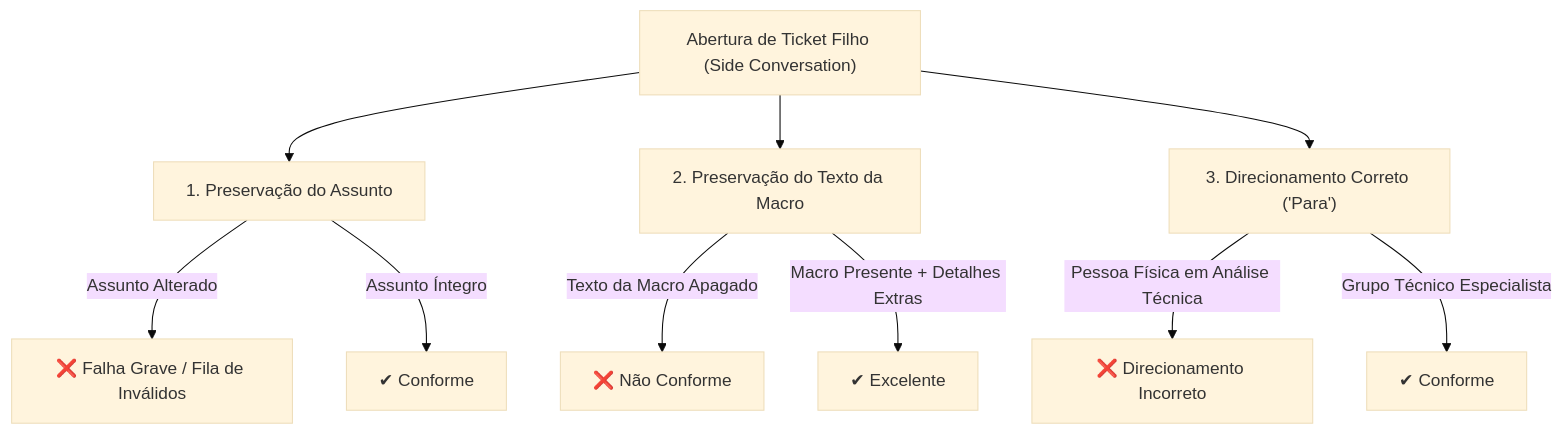
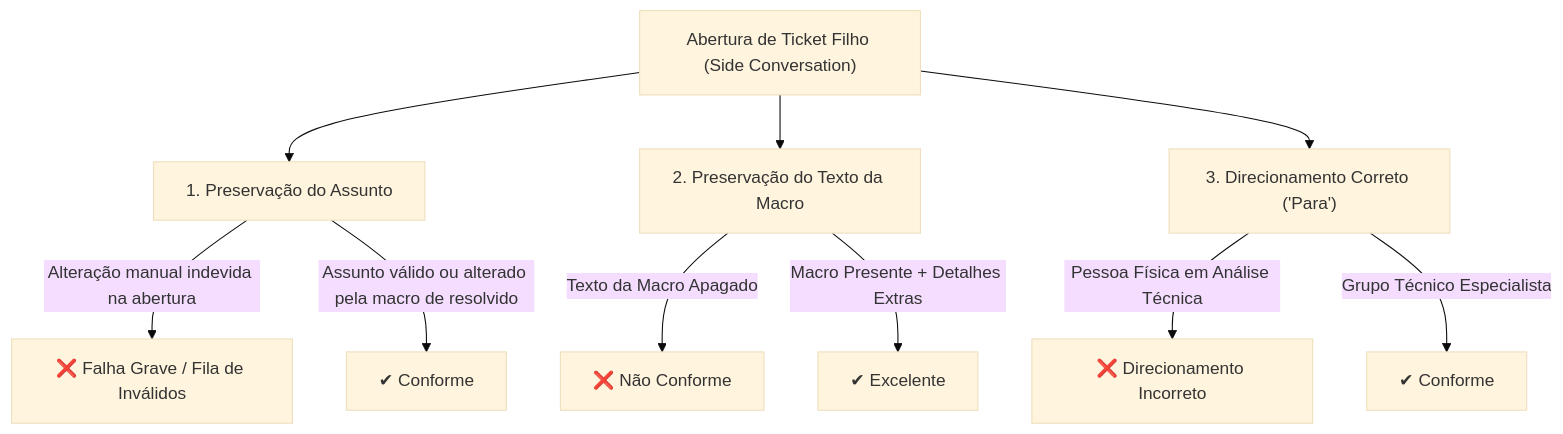
One commit to allanscode/QualiTrack changed the diagram in docs/specs/manual-avaliacao-tickets-filhos.md. Above: the diagram before and after it, drawn with Mermaid (base theme). The commit also changed other lines of this file and 5 other files, not shown here.

````diff
--- a/docs/specs/manual-avaliacao-tickets-filhos.md
+++ b/docs/specs/manual-avaliacao-tickets-filhos.md
@@ -23,16 +23,16 @@
 ```mermaid
 flowchart TD
     TF["Abertura de Ticket Filho (Side Conversation)"] --> Q1["1. Preservação do Assunto"]
     TF --> Q2["2. Preservação do Texto da Macro"]
     TF --> Q3["3. Direcionamento Correto ('Para')"]
     
-    Q1 -->|Assunto Alterado| INV["❌ Falha Grave / Fila de Inválidos"]
-    Q1 -->|Assunto Íntegro| OK1["✔ Conforme"]
+    Q1 -->|Alteração manual indevida na abertura| INV["❌ Falha Grave / Fila de Inválidos"]
+    Q1 -->|Assunto válido ou alterado pela macro de resolvido| OK1["✔ Conforme"]
     
     Q2 -->|Texto da Macro Apagado| REP["❌ Não Conforme"]
     Q2 -->|Macro Presente + Detalhes Extras| OK2["✔ Excelente"]
     
     Q3 -->|Pessoa Física em Análise Técnica| ERRO["❌ Direcionamento Incorreto"]
     Q3 -->|Grupo Técnico Especialista| OK3["✔ Conforme"]
     
 ```
````
